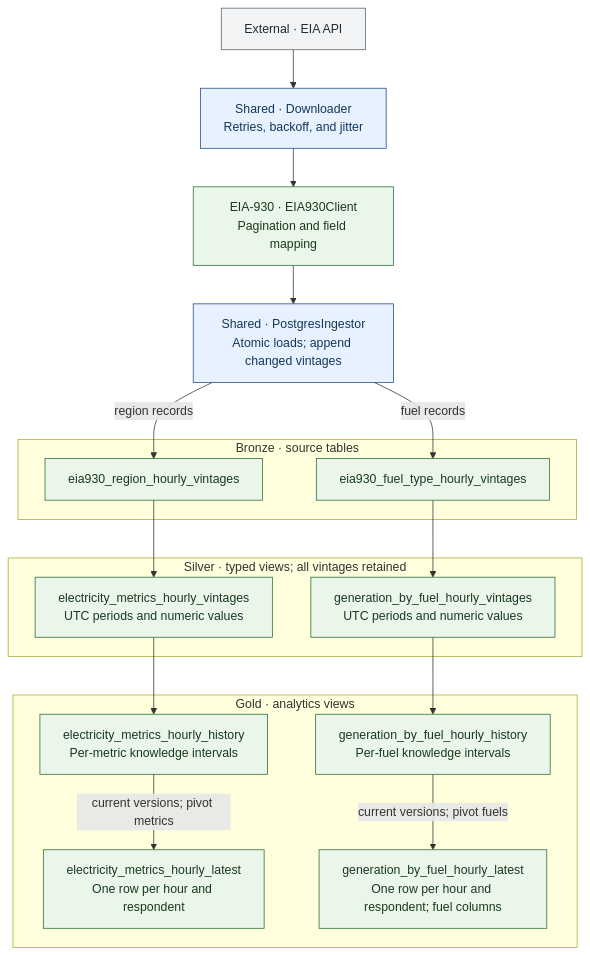
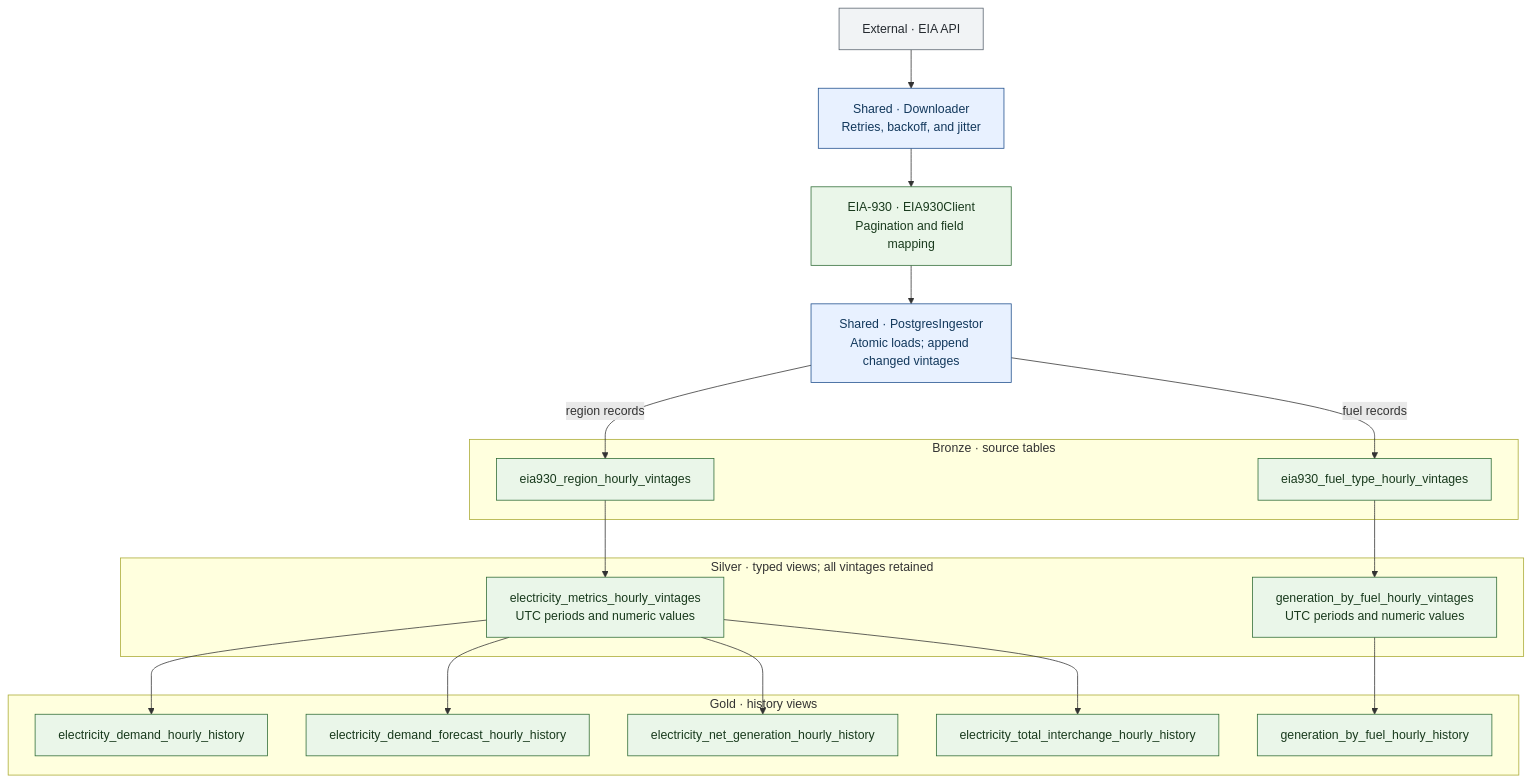
The second of 3 diagrams in README.md (chuanbinp/data-platform), drawn with Mermaid before and after one commit. The commit also changed other lines of this file and 14 other files, not shown here.

Commit message:
Split metric gold views to be user-friendly

````diff
--- a/README.md
+++ b/README.md
@@ -216,39 +216,41 @@
 ```mermaid
 flowchart TD
     api["External · EIA API"]
     download["Shared · Downloader<br/>Retries, backoff, and jitter"]
     client["EIA-930 · EIA930Client<br/>Pagination and field mapping"]
     ingest["Shared · PostgresIngestor<br/>Atomic loads; append changed vintages"]
     api --> download --> client --> ingest
 
     subgraph bronze["Bronze · source tables"]
         region_raw["eia930_region_hourly_vintages"]
         fuel_raw["eia930_fuel_type_hourly_vintages"]
     end
     ingest -->|region records| region_raw
     ingest -->|fuel records| fuel_raw
 
     subgraph silver["Silver · typed views; all vintages retained"]
         region_typed["electricity_metrics_hourly_vintages<br/>UTC periods and numeric values"]
         fuel_typed["generation_by_fuel_hourly_vintages<br/>UTC periods and numeric values"]
     end
     region_raw --> region_typed
     fuel_raw --> fuel_typed
 
-    subgraph gold["Gold · analytics views"]
-        region_history["electricity_metrics_hourly_history<br/>Per-metric knowledge intervals"]
-        region_latest["electricity_metrics_hourly_latest<br/>One row per hour and respondent"]
-        fuel_history["generation_by_fuel_hourly_history<br/>Per-fuel knowledge intervals"]
-        fuel_latest["generation_by_fuel_hourly_latest<br/>One row per hour and respondent; fuel columns"]
-        region_history -->|current versions; pivot metrics| region_latest
-        fuel_history -->|current versions; pivot fuels| fuel_latest
+    subgraph gold["Gold · history views"]
+        demand["electricity_demand_hourly_history"]
+        forecast["electricity_demand_forecast_hourly_history"]
+        generation["electricity_net_generation_hourly_history"]
+        interchange["electricity_total_interchange_hourly_history"]
+        fuel_history["generation_by_fuel_hourly_history"]
     end
-    region_typed --> region_history
+    region_typed --> demand
+    region_typed --> forecast
+    region_typed --> generation
+    region_typed --> interchange
     fuel_typed --> fuel_history
 
     classDef default fill:#eaf6e9,stroke:#2e6b35,color:#193a1d
     classDef shared fill:#e8f1ff,stroke:#1e4e8c,color:#12385c
     classDef external fill:#f1f3f5,stroke:#59636e,color:#24292f
     class download,ingest shared
     class api external
 ```
````
